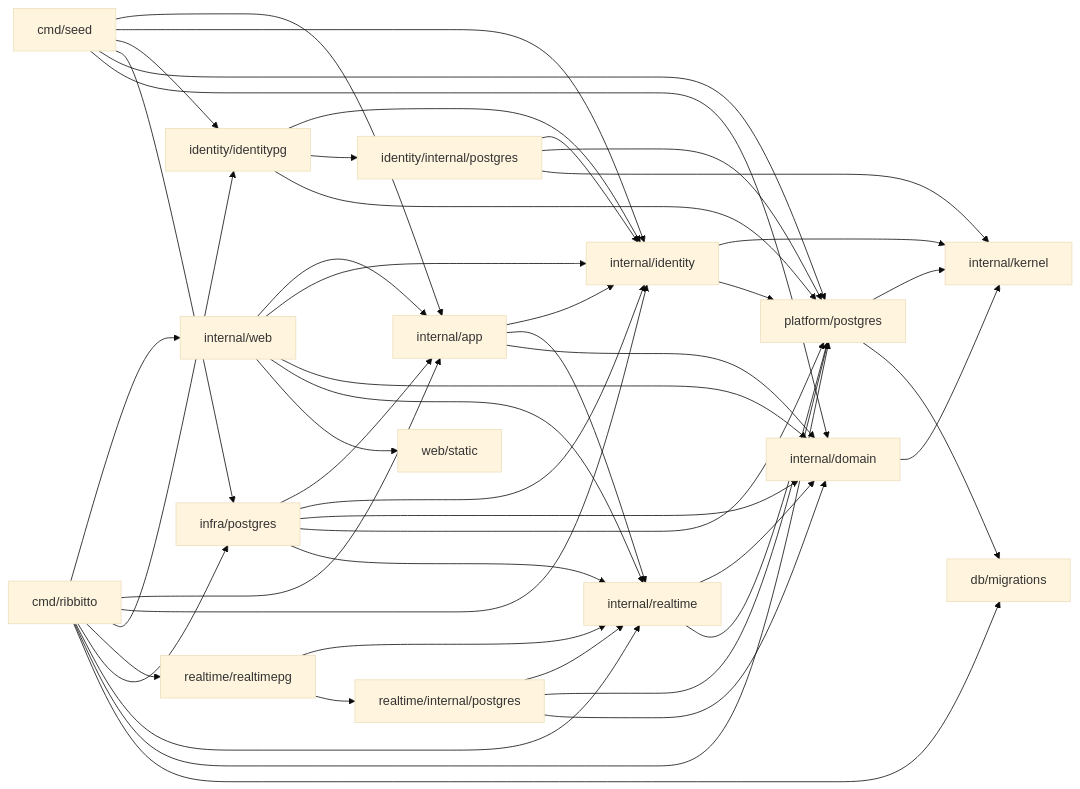
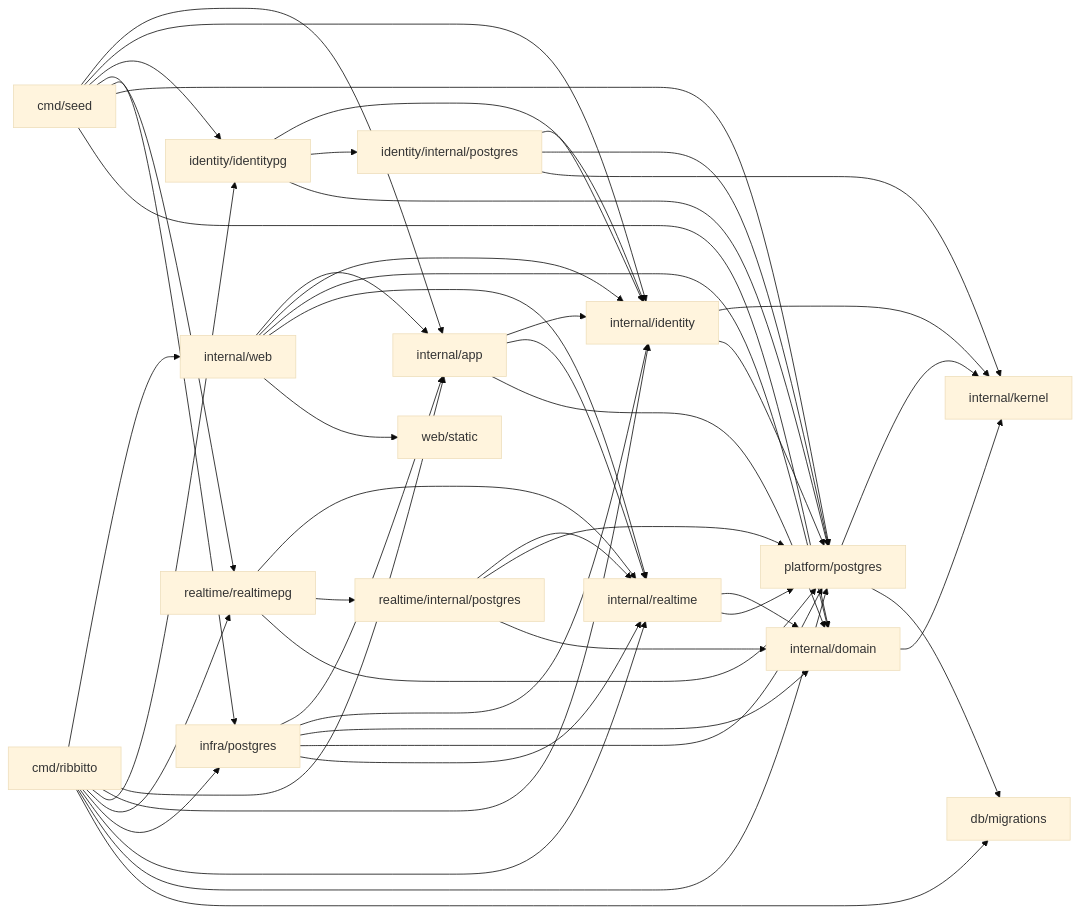
Before and after one commit to tkakkie/ribbitto: the diagram in docs/architecture/packages.md, drawn with Mermaid (base theme). The commit also changed other lines of this file and 1 other file, not shown here.

Commit message:
refactor(realtime): regenerate infra's sqlc and record realtime's appender in packages.md

````diff
--- a/docs/architecture/packages.md
+++ b/docs/architecture/packages.md
@@ -62,16 +62,16 @@
 ```mermaid
 flowchart LR
   cmd[cmd/ribbitto] --> web & app & identity & identitypg[identity/identitypg] & realtimepg & postgres[infra/postgres] & realtime & platform[platform/postgres] & migrations[db/migrations]
-  seed[cmd/seed] --> app & identity & identitypg & postgres & platform & domain
+  seed[cmd/seed] --> app & identity & identitypg & realtimepg & postgres & platform & domain
   web[internal/web] --> app & identity & domain & realtime & static[web/static]
   postgres --> app & identity & domain & platform & realtime
   realtime[internal/realtime] --> domain & platform
-  realtimepg[realtime/realtimepg] --> realtime & rstore[realtime/internal/postgres]
+  realtimepg[realtime/realtimepg] --> realtime & rstore[realtime/internal/postgres] & platform
   rstore --> realtime & platform & domain
   app[internal/app] --> identity & realtime & domain[internal/domain]
   identity[internal/identity] --> kernel & platform
   identitypg --> identity & store[identity/internal/postgres] & platform
   store --> identity & platform & kernel
   domain --> kernel[internal/kernel]
   platform --> kernel & migrations
 ```
````
